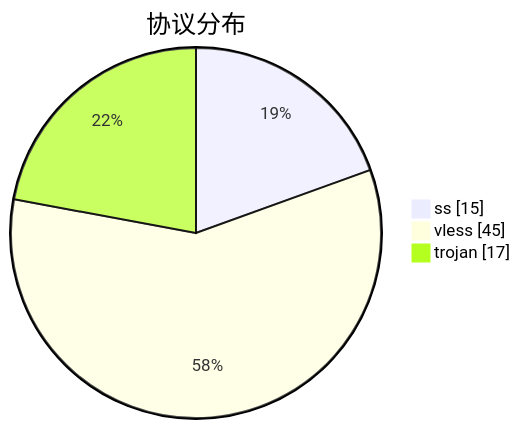
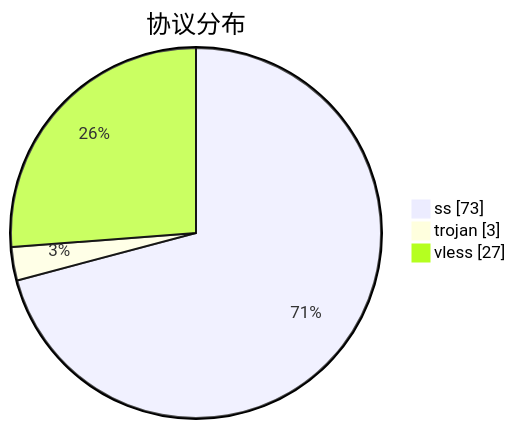
The third of 3 diagrams in subs/statistics/tested_within.md (qjlxg/airport), drawn with Mermaid before and after one commit. The commit also changed other lines of this file and 2 other files, not shown here.

````diff
--- a/subs/statistics/tested_within.md
+++ b/subs/statistics/tested_within.md
@@ -25,7 +30,7 @@
 ```mermaid
 pie showData
 title 协议分布
-"ss" : 15
-"vless" : 45
-"trojan" : 17
+"ss" : 73
+"trojan" : 3
+"vless" : 27
 ```
````
